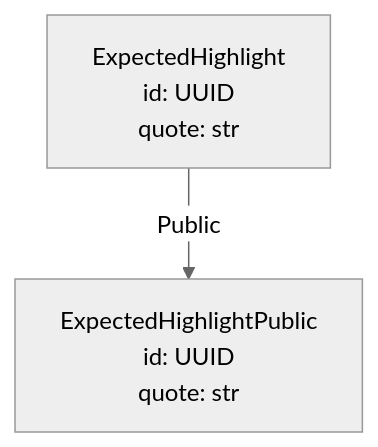
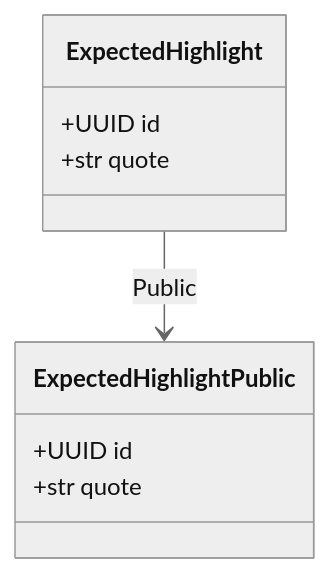
The fourth of 6 diagrams in examples/dict_keyed_refs/README.md (release-art/pydantic-prism), drawn with Mermaid (neutral theme) before and after one commit. The commit also changed other lines of this file and 7 other files, not shown here.

````diff
--- a/examples/dict_keyed_refs/README.md
+++ b/examples/dict_keyed_refs/README.md
@@ -48,7 +68,13 @@
 ```mermaid
-graph TD
-    ExpectedHighlight["ExpectedHighlight<br/>id: UUID<br/>quote: str"]
-    ExpectedHighlightPublic["ExpectedHighlightPublic<br/>id: UUID<br/>quote: str"]
-    ExpectedHighlight -->|"Public"| ExpectedHighlightPublic
-    classDef partial stroke-dasharray: 5 5;
+classDiagram
+    direction TB
+    class ExpectedHighlight {
+        +UUID id
+        +str quote
+    }
+    class ExpectedHighlightPublic {
+        +UUID id
+        +str quote
+    }
+    ExpectedHighlight --> ExpectedHighlightPublic : Public
 ```
````
